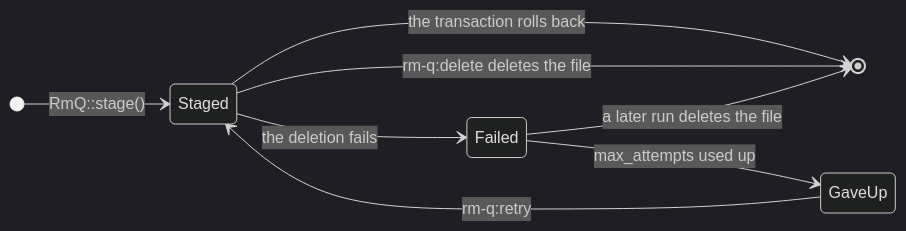
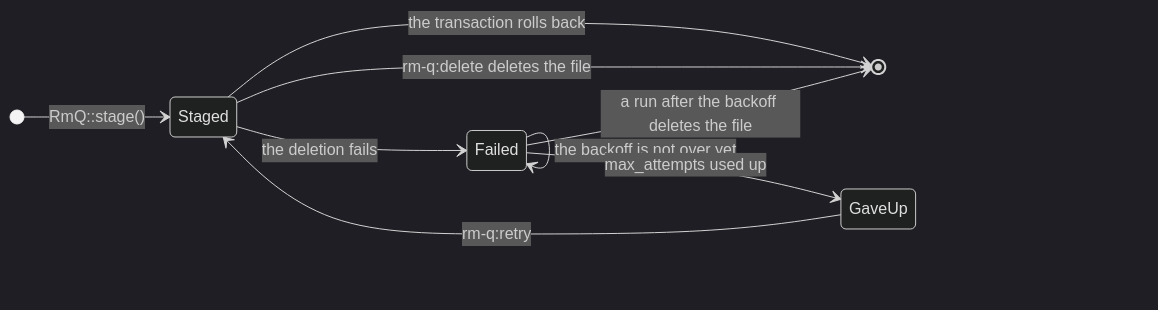
Before and after one commit to medilies/rm-q: the diagram in README.md, drawn with Mermaid (dark theme). The commit also changed other lines of this file and 10 other files, not shown here.

First line of the commit message:
fix: wait a growing backoff before retrying a failed deletion

````diff
--- a/README.md
+++ b/README.md
@@ -102,11 +102,12 @@
 ```mermaid
 stateDiagram-v2
     direction LR
     [*] --> Staged: RmQ#58;#58;stage()
     Staged --> [*]: the transaction rolls back
     Staged --> [*]: rm-q#58;delete deletes the file
     Staged --> Failed: the deletion fails
-    Failed --> [*]: a later run deletes the file
+    Failed --> Failed: the backoff is not over yet
+    Failed --> [*]: a run after the backoff deletes the file
     Failed --> GaveUp: max_attempts used up
     GaveUp --> Staged: rm-q#58;retry
 ```
````
